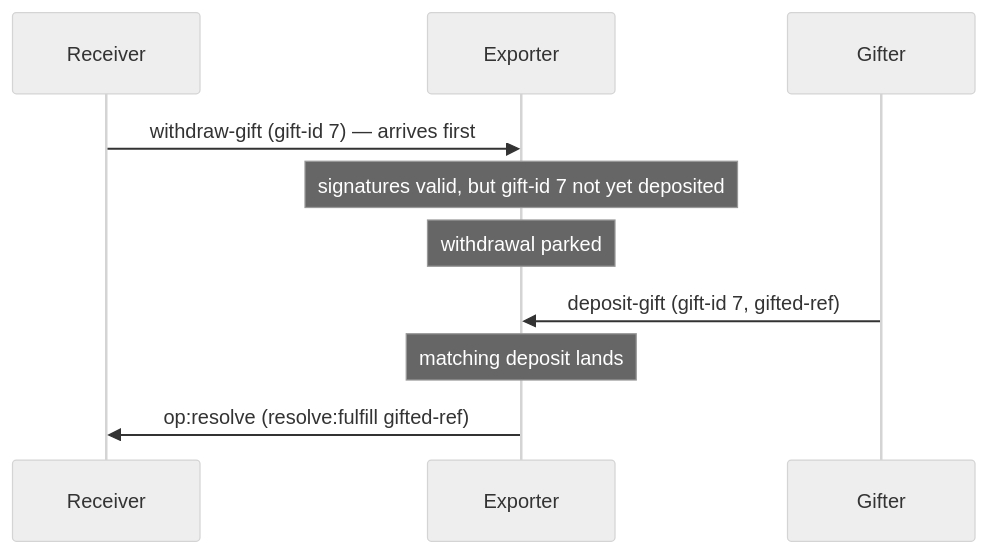
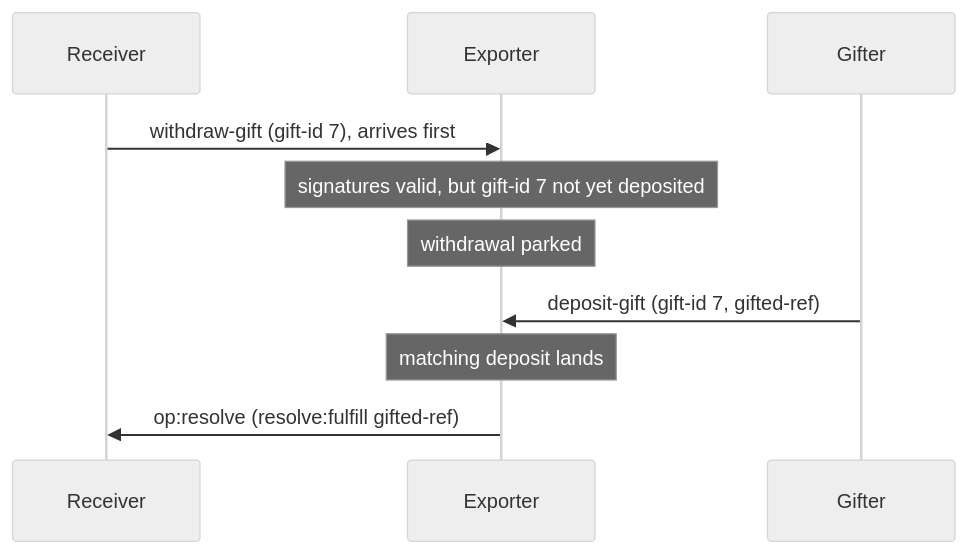
Before and after one commit to glowcap-org/glowcap: the eighth of 8 diagrams in docs/protocol-diagrams/06-handoffs.md, drawn with Mermaid (neutral theme). The commit also changed 479 other files, not shown here.

````diff
--- a/docs/protocol-diagrams/06-handoffs.md
+++ b/docs/protocol-diagrams/06-handoffs.md
@@ -132,12 +132,12 @@
 ```mermaid
 sequenceDiagram
     participant R as Receiver
     participant X as Exporter
     participant G as Gifter
-    R->>X: withdraw-gift (gift-id 7) — arrives first
+    R->>X: withdraw-gift (gift-id 7), arrives first
     Note over X: signatures valid, but gift-id 7 not yet deposited
     Note over X: withdrawal parked
     G->>X: deposit-gift (gift-id 7, gifted-ref)
     Note over X: matching deposit lands
     X->>R: op:resolve (resolve:fulfill gifted-ref)
 ```
````
